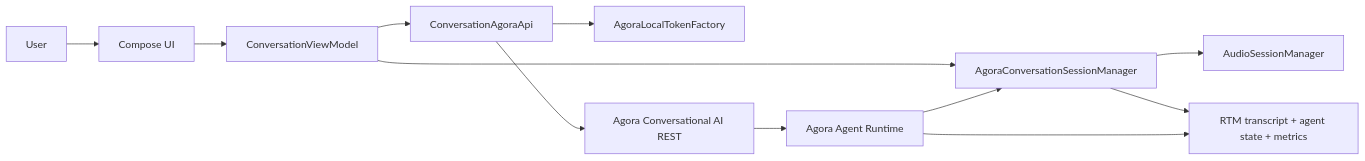
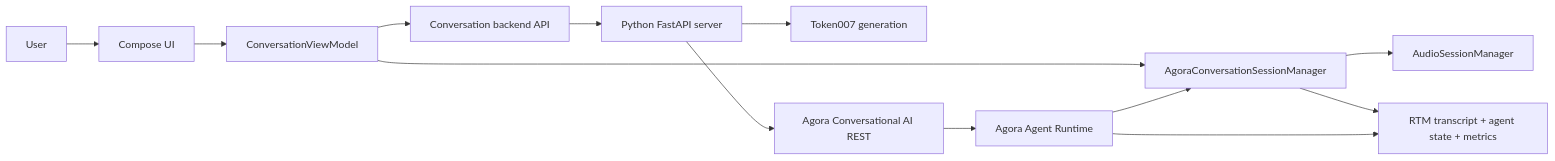
Before and after one commit to mahekaggarwal17/Sahayak: the second of 5 diagrams in docs/architecture.md, drawn with Mermaid. The commit also changed other lines of this file and 39 other files, not shown here.

Commit message:
add agora server for agent management

````diff
--- a/docs/architecture.md
+++ b/docs/architecture.md
@@ -80,14 +90,15 @@
 ```mermaid
 flowchart LR
     U["User"] --> UI["Compose UI"]
     UI --> VM["ConversationViewModel"]
-    VM --> API["ConversationAgoraApi"]
-    API --> TOKENS["AgoraLocalTokenFactory"]
-    API --> REST["Agora Conversational AI REST"]
+    VM --> API["Conversation backend API"]
+    API --> SERVER["Python FastAPI server"]
+    SERVER --> TOKENS["Token007 generation"]
+    SERVER --> REST["Agora Conversational AI REST"]
     VM --> RTC["AgoraConversationSessionManager"]
     RTC --> AUDIO["AudioSessionManager"]
     RTC --> RTM["RTM transcript + agent state + metrics"]
     REST --> AGENT["Agora Agent Runtime"]
     AGENT --> RTC
     AGENT --> RTM
 ```
````
